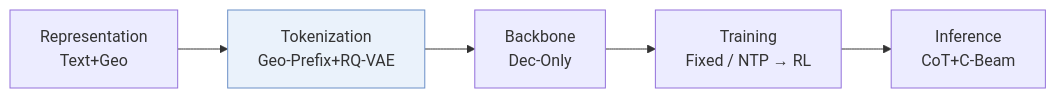
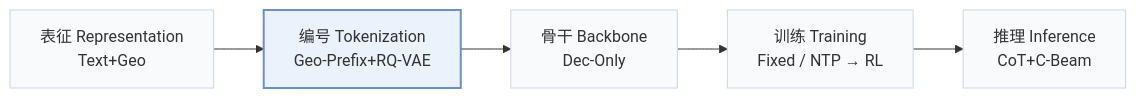
Before and after one commit to Galaxy-ghost/Awesome-SID-Generative-Rec: the first of 4 diagrams in pages/zh/papers/ros.md, drawn with Mermaid. The commit also changed other lines of this file and 649 other files, not shown here.

Commit message:
writer-05: also tags and modality index (schema, check, build, visuals); summary field removed; calibration data for 12 papers

````diff
--- a/pages/zh/papers/ros.md
+++ b/pages/zh/papers/ros.md
@@ -13,6 +15,8 @@
 ```mermaid
 flowchart LR
-    R["Representation<br/>Text+Geo"] --> T["Tokenization<br/>Geo-Prefix+RQ-VAE"] --> B["Backbone<br/>Dec-Only"] --> TR["Training<br/>Fixed / NTP → RL"] --> I["Inference<br/>CoT+C-Beam"]
-    classDef main fill:#eaf2fb,stroke:#6b8fc7
+    R["表征 Representation<br/>Text+Geo"] --> T["编号 Tokenization<br/>Geo-Prefix+RQ-VAE"] --> B["骨干 Backbone<br/>Dec-Only"] --> TR["训练 Training<br/>Fixed / NTP → RL"] --> I["推理 Inference<br/>CoT+C-Beam"]
+    classDef base fill:#f8fafc,stroke:#cbd5e1
+    class R,T,B,TR,I base
+    classDef main fill:#eaf2fb,stroke:#6b8fc7,stroke-width:2px
     class T main
 ```
````
